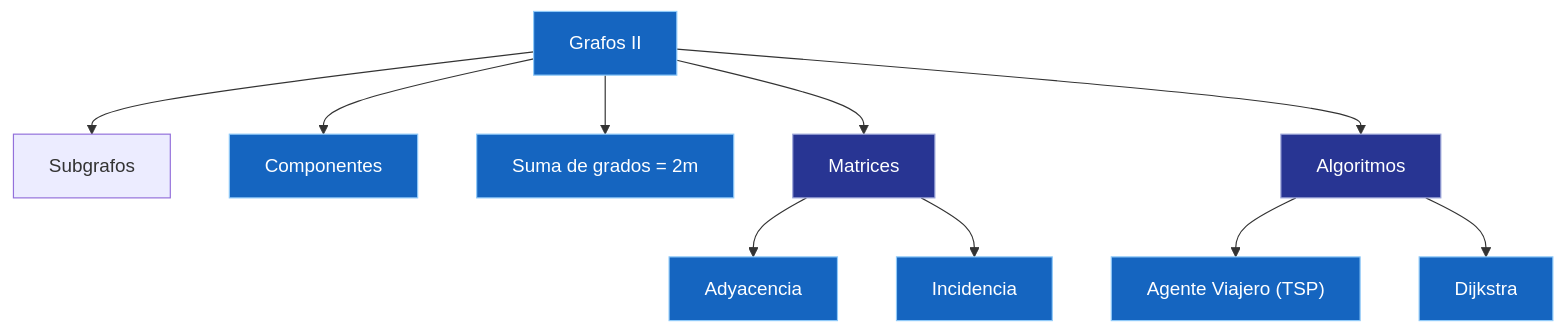
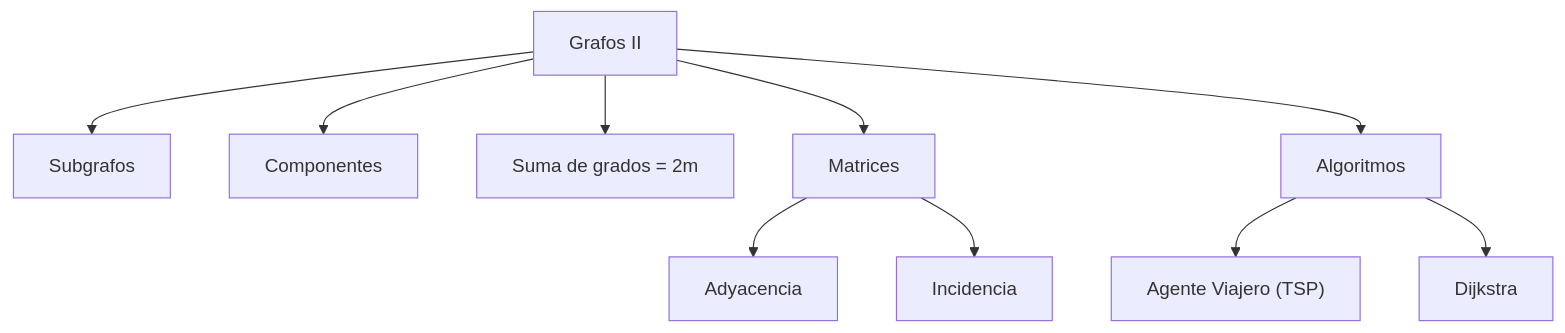
The second of 2 diagrams in src/site/notes/Universidad/3er Semestre/Matemáticas Discretas/Unidad 5 - Grafos y Árboles/02 - Grafos II - Subgrafos, Matrices y Algoritmos.md (Fsteven22/Notas-ESPOL), drawn with Mermaid before and after one commit. The commit also changed other lines of this file and 179 other files, not shown here.

````diff
--- a/src/site/notes/Universidad/3er Semestre/Matemáticas Discretas/Unidad 5 - Grafos y Árboles/02 - Grafos II - Subgrafos, Matrices y Algoritmos.md
+++ b/src/site/notes/Universidad/3er Semestre/Matemáticas Discretas/Unidad 5 - Grafos y Árboles/02 - Grafos II - Subgrafos, Matrices y Algoritmos.md
@@ -263,22 +246,13 @@
 ```mermaid
 graph TD
     A["Grafos II"] --> B["Subgrafos"]
     A --> C["Componentes"]
     A --> D["Suma de grados = 2m"]
     A --> E["Matrices"]
     E --> F["Adyacencia"]
     E --> G["Incidencia"]
     A --> H["Algoritmos"]
     H --> I["Agente Viajero (TSP)"]
     H --> J["Dijkstra"]
-    style A fill:#1565C0,color:#FFFFFF,stroke:#90CAF9,stroke-width:1px
-    style C fill:#1565C0,color:#FFFFFF,stroke:#90CAF9,stroke-width:1px
-    style D fill:#1565C0,color:#FFFFFF,stroke:#90CAF9,stroke-width:1px
-    style E fill:#283593,color:#FFFFFF,stroke:#9FA8DA,stroke-width:1px
-    style F fill:#1565C0,color:#FFFFFF,stroke:#90CAF9,stroke-width:1px
-    style G fill:#1565C0,color:#FFFFFF,stroke:#90CAF9,stroke-width:1px
-    style H fill:#283593,color:#FFFFFF,stroke:#9FA8DA,stroke-width:1px
-    style I fill:#1565C0,color:#FFFFFF,stroke:#90CAF9,stroke-width:1px
-    style J fill:#1565C0,color:#FFFFFF,stroke:#90CAF9,stroke-width:1px
 
 ```
````
